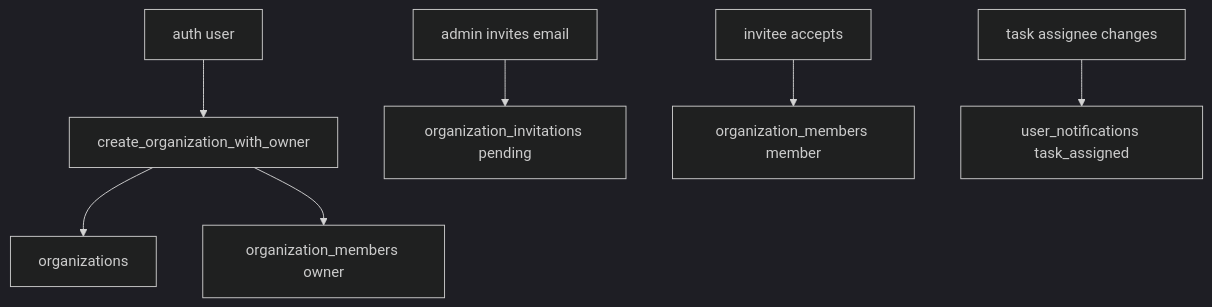
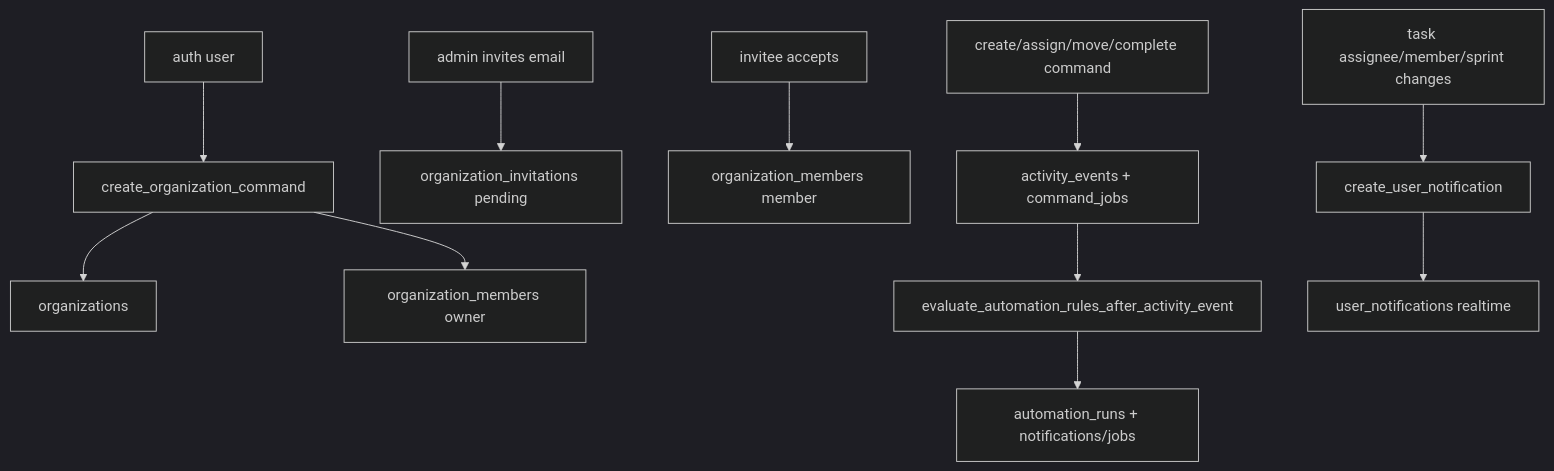
The diagram in supabase/CODEX.md (hannahNchan/nexuxplanner), drawn with Mermaid (dark theme) before and after one commit. The commit also changed other lines of this file and 50 other files, not shown here.

Commit message:
added roadmap with mermaid, and premium functions

````diff
--- a/supabase/CODEX.md
+++ b/supabase/CODEX.md
@@ -21,9 +39,13 @@
 ```mermaid
 flowchart TD
-  A["auth user"] --> B["create_organization_with_owner"]
+  A["auth user"] --> B["create_organization_command"]
   B --> C["organizations"]
   B --> D["organization_members owner"]
   E["admin invites email"] --> F["organization_invitations pending"]
   G["invitee accepts"] --> H["organization_members member"]
-  I["task assignee changes"] --> J["user_notifications task_assigned"]
+  I["create/assign/move/complete command"] --> J["activity_events + command_jobs"]
+  J --> N["evaluate_automation_rules_after_activity_event"]
+  N --> O["automation_runs + notifications/jobs"]
+  K["task assignee/member/sprint changes"] --> L["create_user_notification"]
+  L --> M["user_notifications realtime"]
 ```
````
